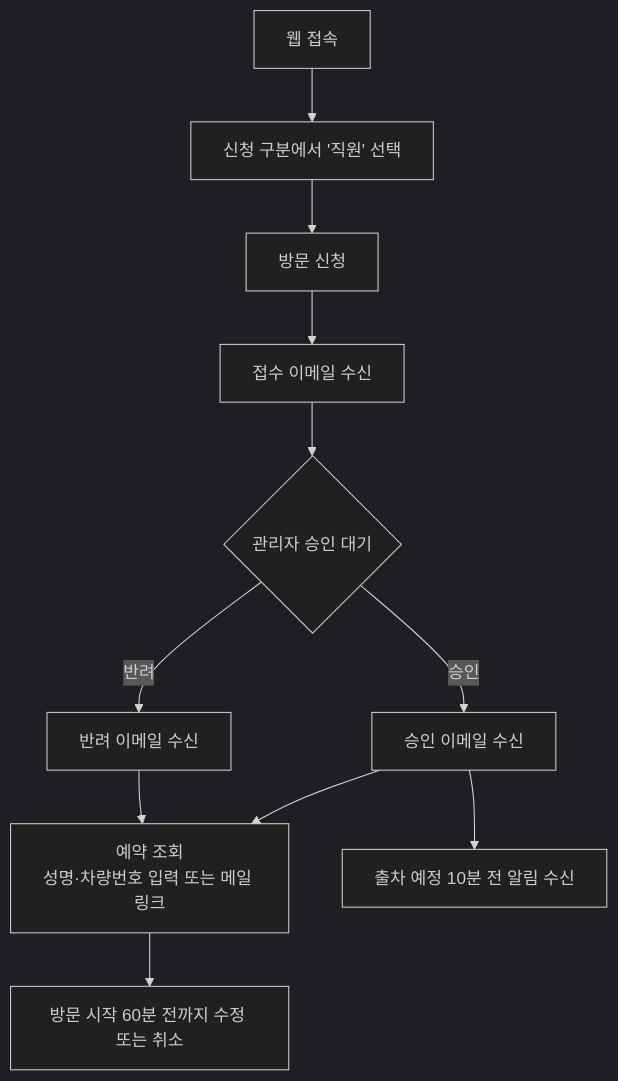
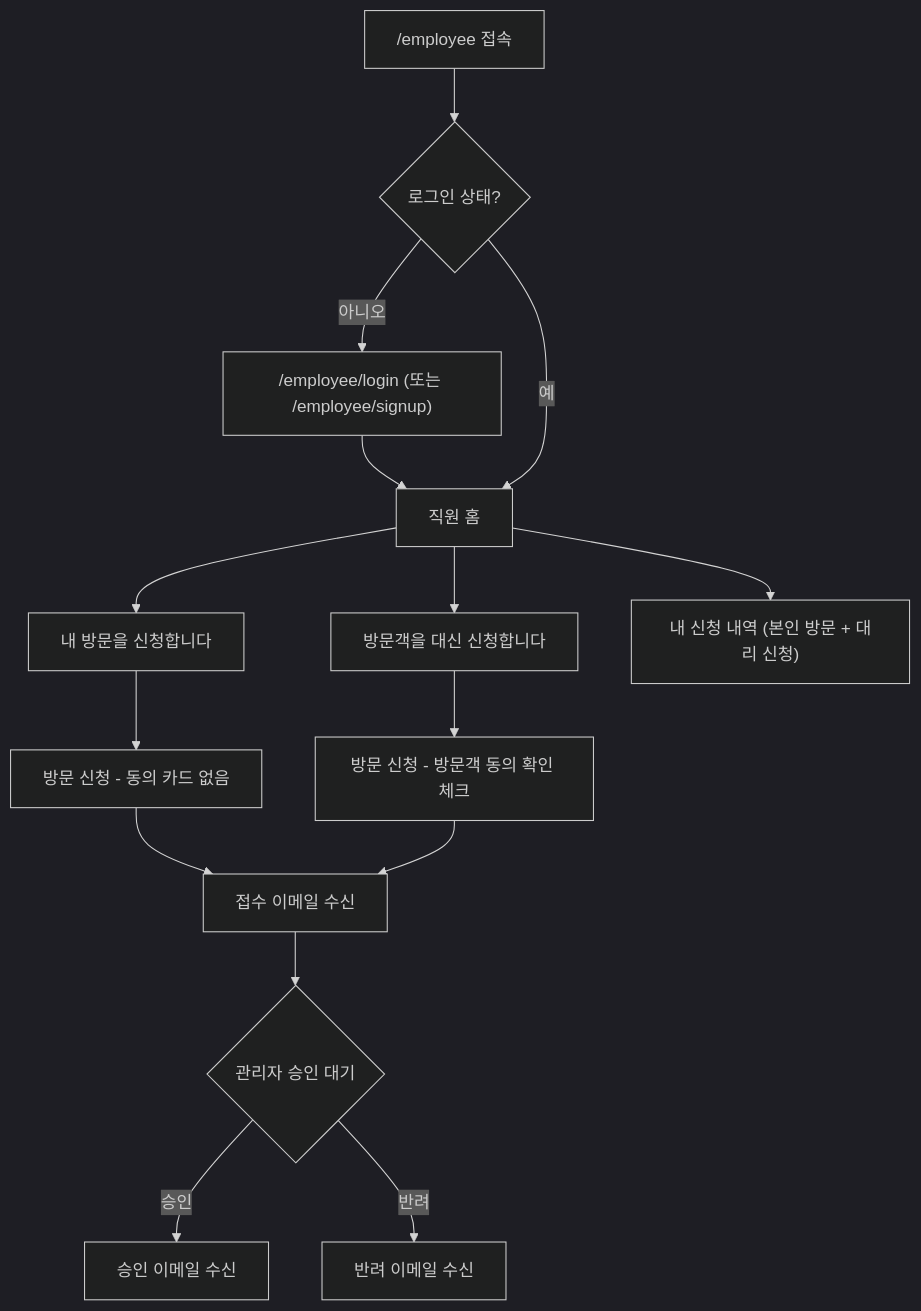
The second of 5 diagrams in README.md (leejyeone/ParkingSystem), drawn with Mermaid (dark theme) before and after one commit. The commit also changed other lines of this file and 80 other files, not shown here.

````diff
--- a/README.md
+++ b/README.md
@@ -208,13 +204,17 @@
 ```mermaid
 flowchart TD
-    A[웹 접속] --> B[신청 구분에서 '직원' 선택]
-    B --> C[방문 신청]
-    C --> D[접수 이메일 수신]
-    D --> E{관리자 승인 대기}
-    E -->|승인| F[승인 이메일 수신]
-    E -->|반려| G[반려 이메일 수신]
-    F --> H[예약 조회<br/>성명·차량번호 입력 또는 메일 링크]
-    G --> H
-    H --> I[방문 시작 60분 전까지 수정 또는 취소]
-    F --> J[출차 예정 10분 전 알림 수신]
+    A["/employee 접속"] --> B{로그인 상태?}
+    B -->|아니오| C["/employee/login (또는 /employee/signup)"]
+    C --> D[직원 홈]
+    B -->|예| D
+    D --> E["내 방문을 신청합니다"]
+    D --> F["방문객을 대신 신청합니다"]
+    E --> G[방문 신청 - 동의 카드 없음]
+    F --> H[방문 신청 - 방문객 동의 확인 체크]
+    G --> I[접수 이메일 수신]
+    H --> I
+    I --> J{관리자 승인 대기}
+    J -->|승인| K[승인 이메일 수신]
+    J -->|반려| L[반려 이메일 수신]
+    D --> M["내 신청 내역 (본인 방문 + 대리 신청)"]
 ```
````
